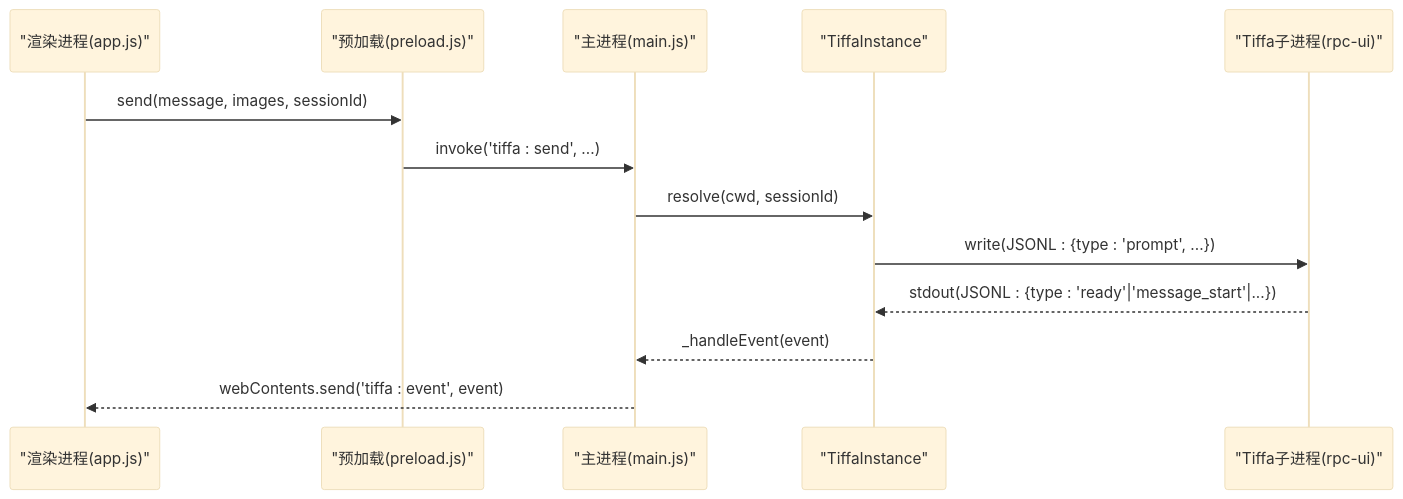
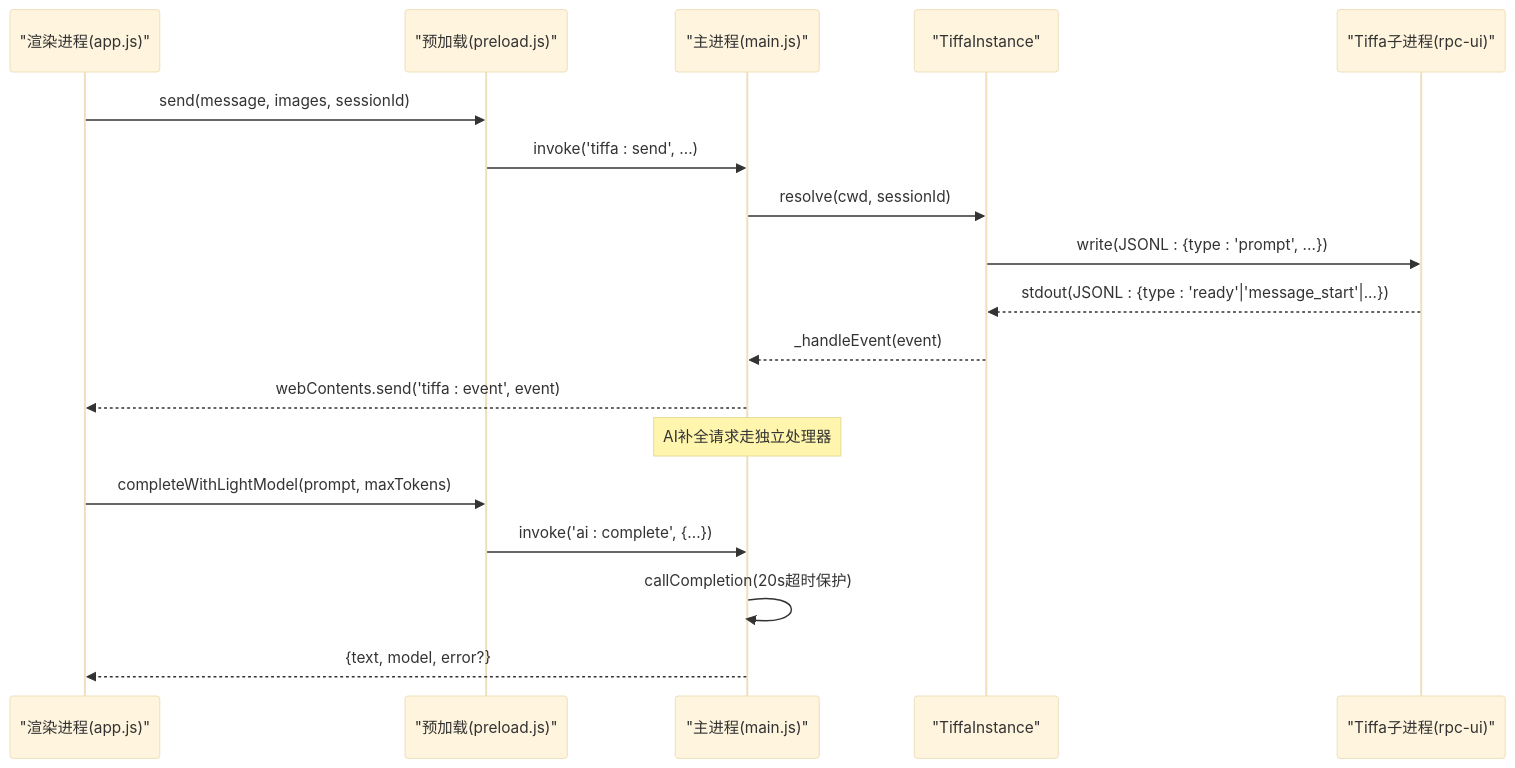
Before and after one commit to swond-Mao/Tiffa: the second of 3 diagrams in .qoder/repowiki/zh/content/API参考/IPC接口文档.md, drawn with Mermaid (base theme). The commit also changed other lines of this file and 17 other files, not shown here.

````diff
--- a/.qoder/repowiki/zh/content/API参考/IPC接口文档.md
+++ b/.qoder/repowiki/zh/content/API参考/IPC接口文档.md
@@ -87,15 +92,20 @@
 ```mermaid
 sequenceDiagram
 participant R as "渲染进程(app.js)"
 participant P as "预加载(preload.js)"
 participant M as "主进程(main.js)"
 participant I as "TiffaInstance"
 participant S as "Tiffa子进程(rpc-ui)"
 R->>P : send(message, images, sessionId)
 P->>M : invoke('tiffa : send', ...)
 M->>I : resolve(cwd, sessionId)
 I->>S : write(JSONL : {type : 'prompt', ...})
 S-->>I : stdout(JSONL : {type : 'ready'|'message_start'|...})
 I-->>M : _handleEvent(event)
 M-->>R : webContents.send('tiffa : event', event)
+Note over M : AI补全请求走独立处理器
+R->>P : completeWithLightModel(prompt, maxTokens)
+P->>M : invoke('ai : complete', {...})
+M->>M : callCompletion(20s超时保护)
+M-->>R : {text, model, error?}
 ```
````
